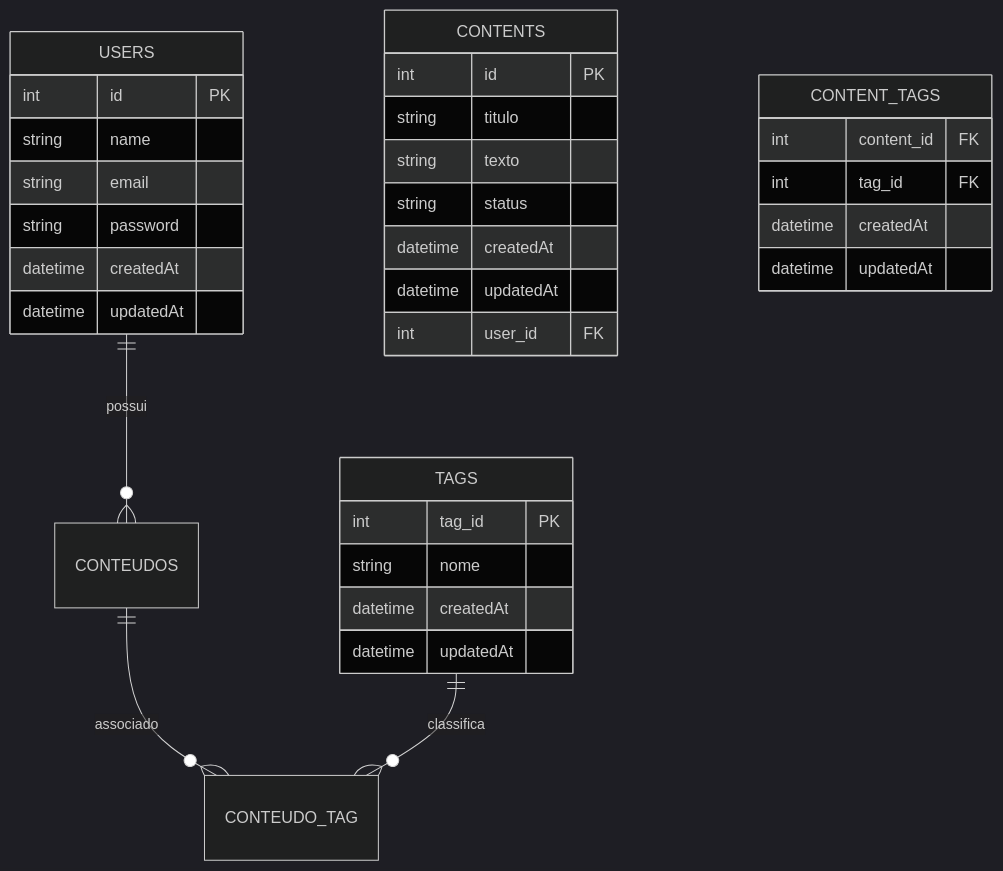
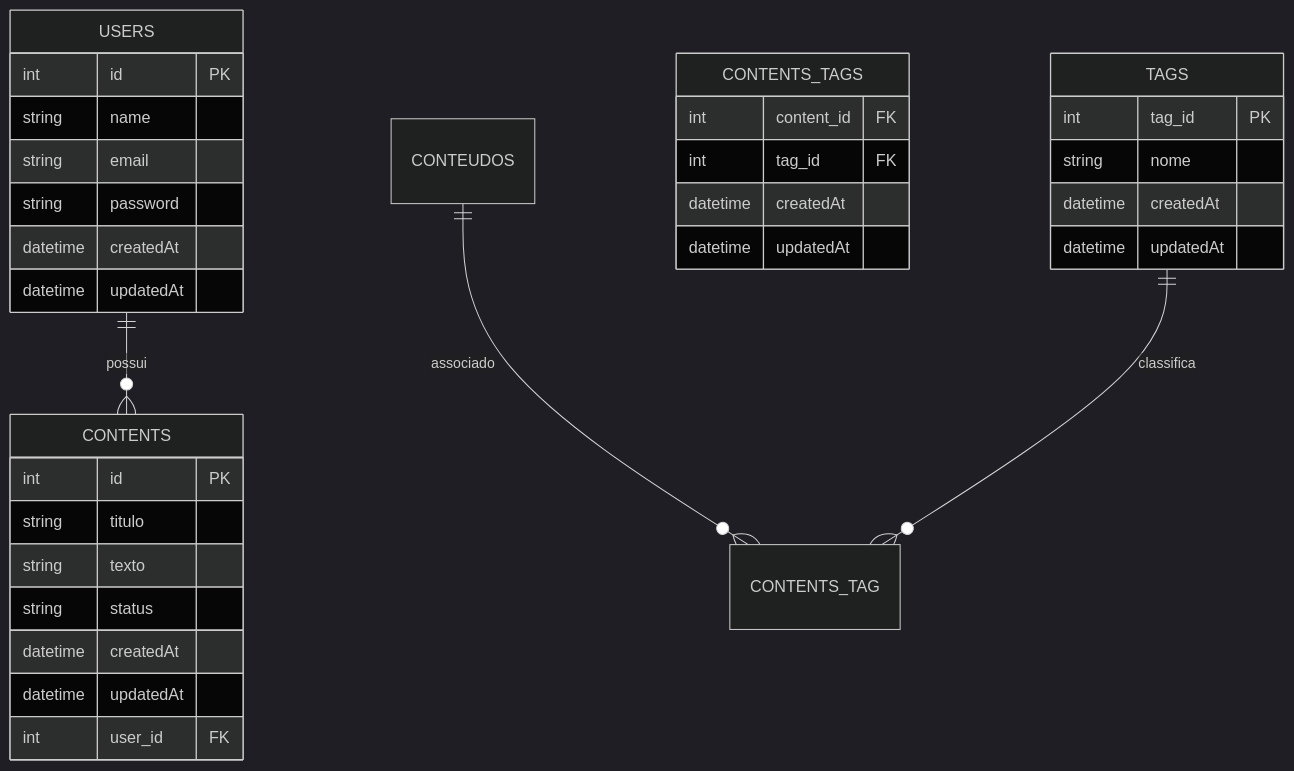
Before and after one commit to victor-alexandre/TJGO-Frontend: the diagram in Trabalho Final/README.md, drawn with Mermaid (dark theme).

Commit message:
Ajustando DER

````diff
--- a/Trabalho Final/README.md
+++ b/Trabalho Final/README.md
@@ -96,36 +96,36 @@
 ```mermaid
 erDiagram
     USERS {
         int id PK
         string name
         string email
         string password
         datetime createdAt
         datetime updatedAt
     }
     CONTENTS {
         int id PK
         string titulo
         string texto
         string status
         datetime createdAt
         datetime updatedAt
         int user_id FK
     }
     TAGS {
         int tag_id PK
         string nome
         datetime createdAt
         datetime updatedAt
     }
-    CONTENT_TAGS {
+    CONTENTS_TAGS {
         int content_id FK
         int tag_id FK
         datetime createdAt
         datetime updatedAt
     }
 
-    USERS ||--o{ CONTEUDOS : "possui"
-    CONTEUDOS ||--o{ CONTEUDO_TAG : "associado"
-    TAGS ||--o{ CONTEUDO_TAG : "classifica"
+    USERS ||--o{ CONTENTS : "possui"
+    CONTEUDOS ||--o{ CONTENTS_TAG : "associado"
+    TAGS ||--o{ CONTENTS_TAG : "classifica"
 ```
````
